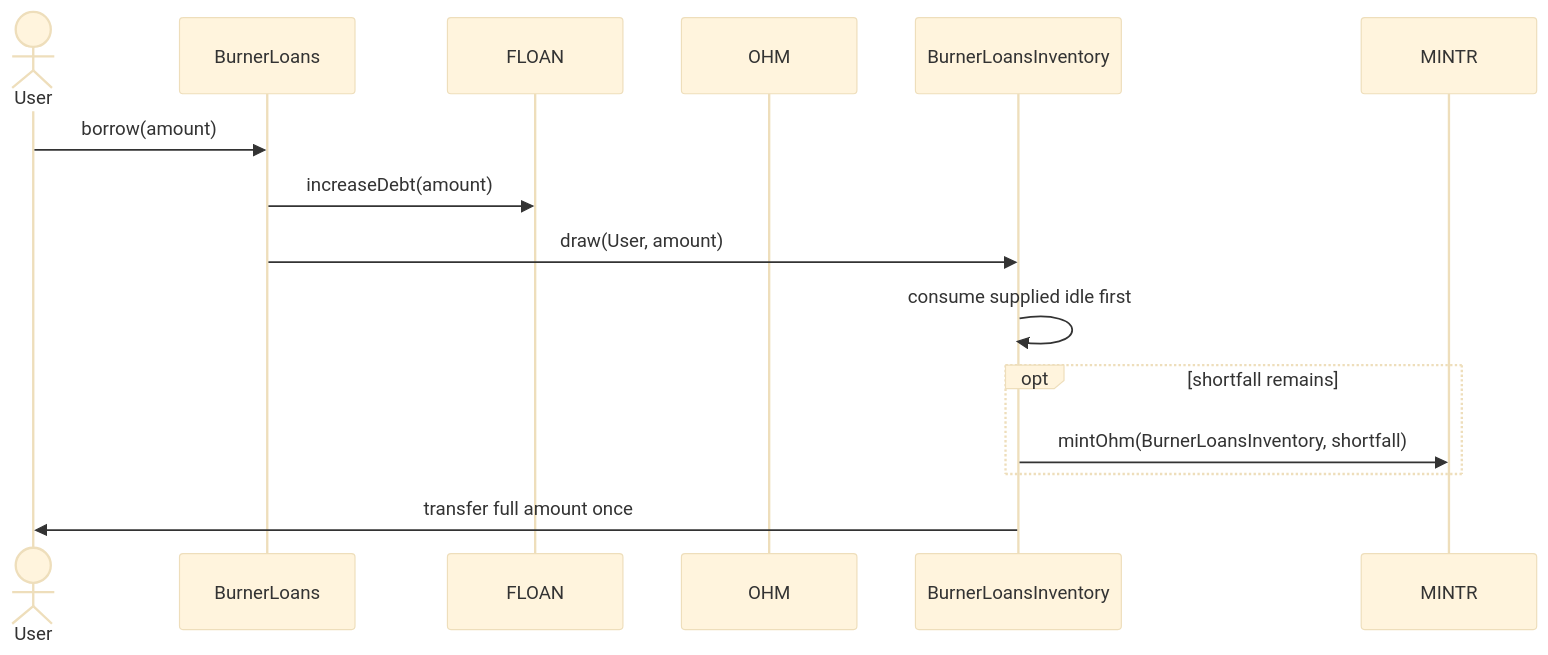
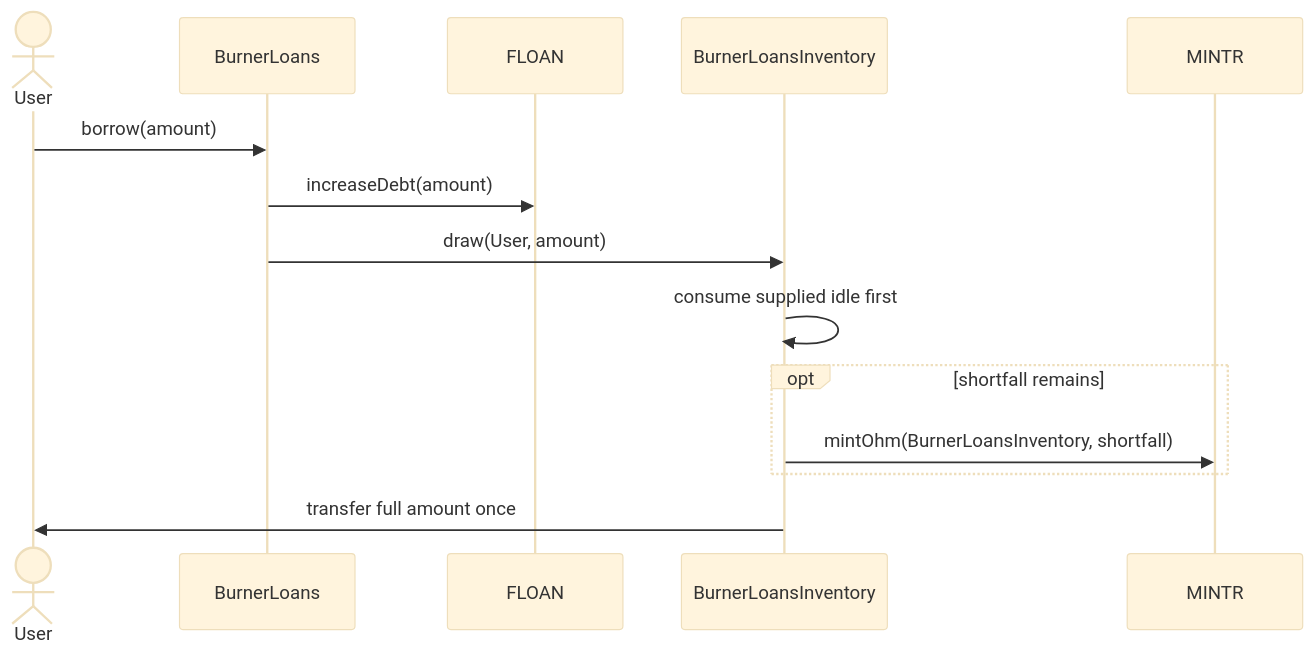
One commit to OlympusDAO/olympus-v3 changed the third of 6 diagrams in documentation/burner_loans.md. Above: the diagram before and after it, drawn with Mermaid (base theme). The commit also changed other lines of this file and 71 other files, not shown here.

````diff
--- a/documentation/burner_loans.md
+++ b/documentation/burner_loans.md
@@ -199,18 +202,17 @@
 ```mermaid
 sequenceDiagram
     actor User
     participant BL as BurnerLoans
     participant F as FLOAN
-    participant O as OHM
     participant I as BurnerLoansInventory
     participant M as MINTR
 
     User->>BL: borrow(amount)
     BL->>F: increaseDebt(amount)
     BL->>I: draw(User, amount)
     I->>I: consume supplied idle first
     opt shortfall remains
         I->>M: mintOhm(BurnerLoansInventory, shortfall)
     end
     I->>User: transfer full amount once
 ```
````
